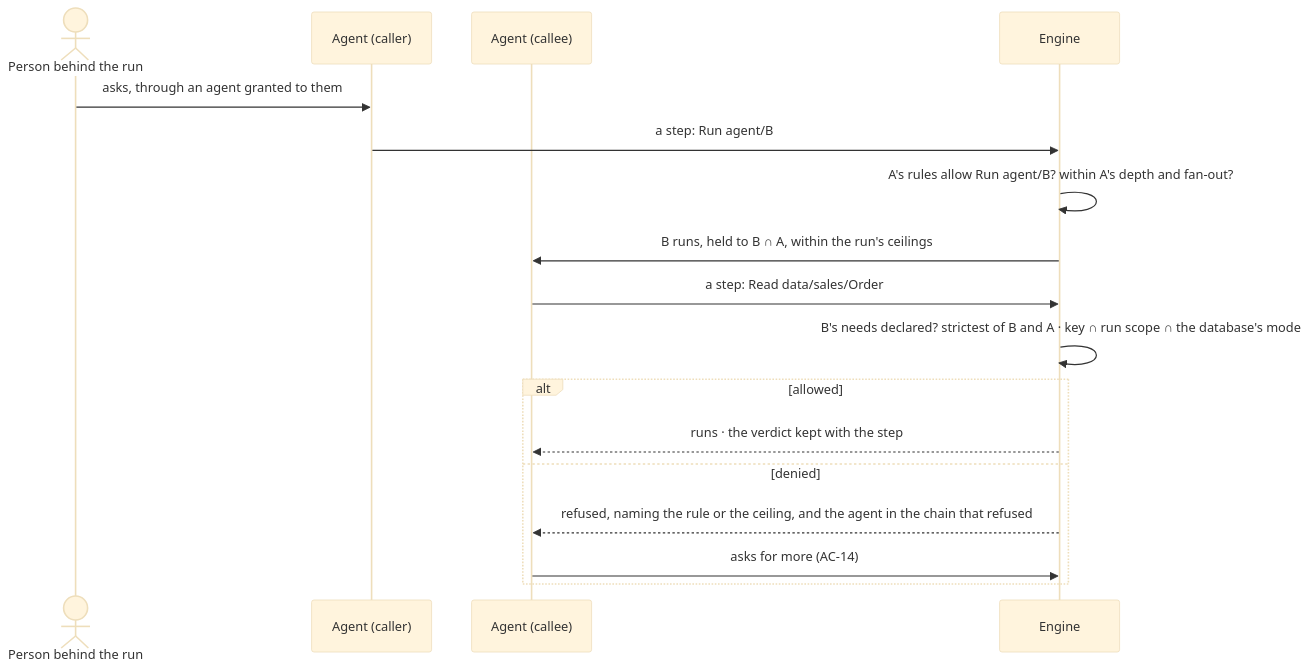
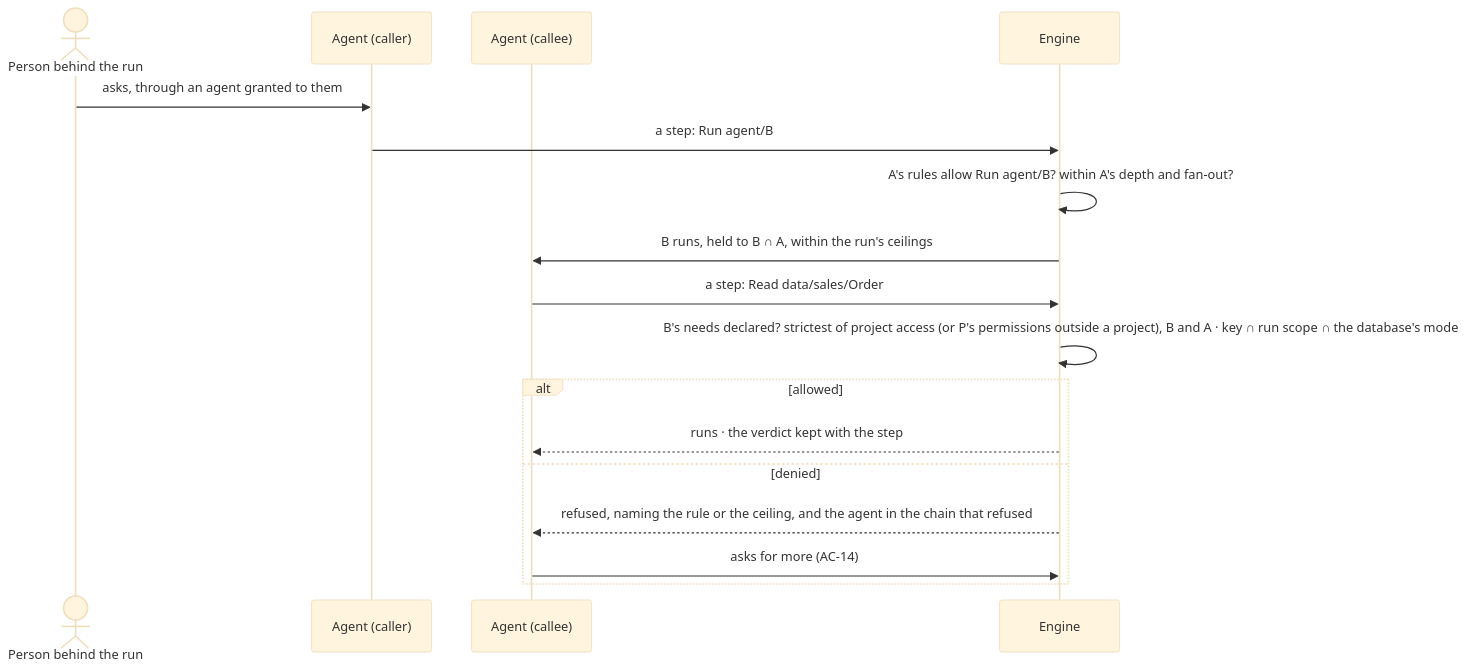
One commit to invana/invana changed the second of 2 diagrams in specs/os/access/features/AC-F04-what-an-agent-may-touch/feature.md. Above: the diagram before and after it, drawn with Mermaid (base theme). The commit also changed other lines of this file and 106 other files, not shown here.

First line of the commit message:
docs(specs): access policies replace roles; Agents mode; project access

````diff
--- a/specs/os/access/features/AC-F04-what-an-agent-may-touch/feature.md
+++ b/specs/os/access/features/AC-F04-what-an-agent-may-touch/feature.md
@@ -48,19 +48,19 @@
 ```mermaid
 sequenceDiagram
   actor P as Person behind the run
   participant A as Agent (caller)
   participant B as Agent (callee)
   participant E as Engine
   P->>A: asks, through an agent granted to them
   A->>E: a step: Run agent/B
   E->>E: A's rules allow Run agent/B? within A's depth and fan-out?
   E->>B: B runs, held to B ∩ A, within the run's ceilings
   B->>E: a step: Read data/sales/Order
-  E->>E: B's needs declared? strictest of B and A · key ∩ run scope ∩ the database's mode
+  E->>E: B's needs declared? strictest of project access (or P's permissions outside a project), B and A · key ∩ run scope ∩ the database's mode
   alt allowed
     E-->>B: runs · the verdict kept with the step
   else denied
     E-->>B: refused, naming the rule or the ceiling, and the agent in the chain that refused
     B->>E: asks for more (AC-14)
   end
 ```
````
